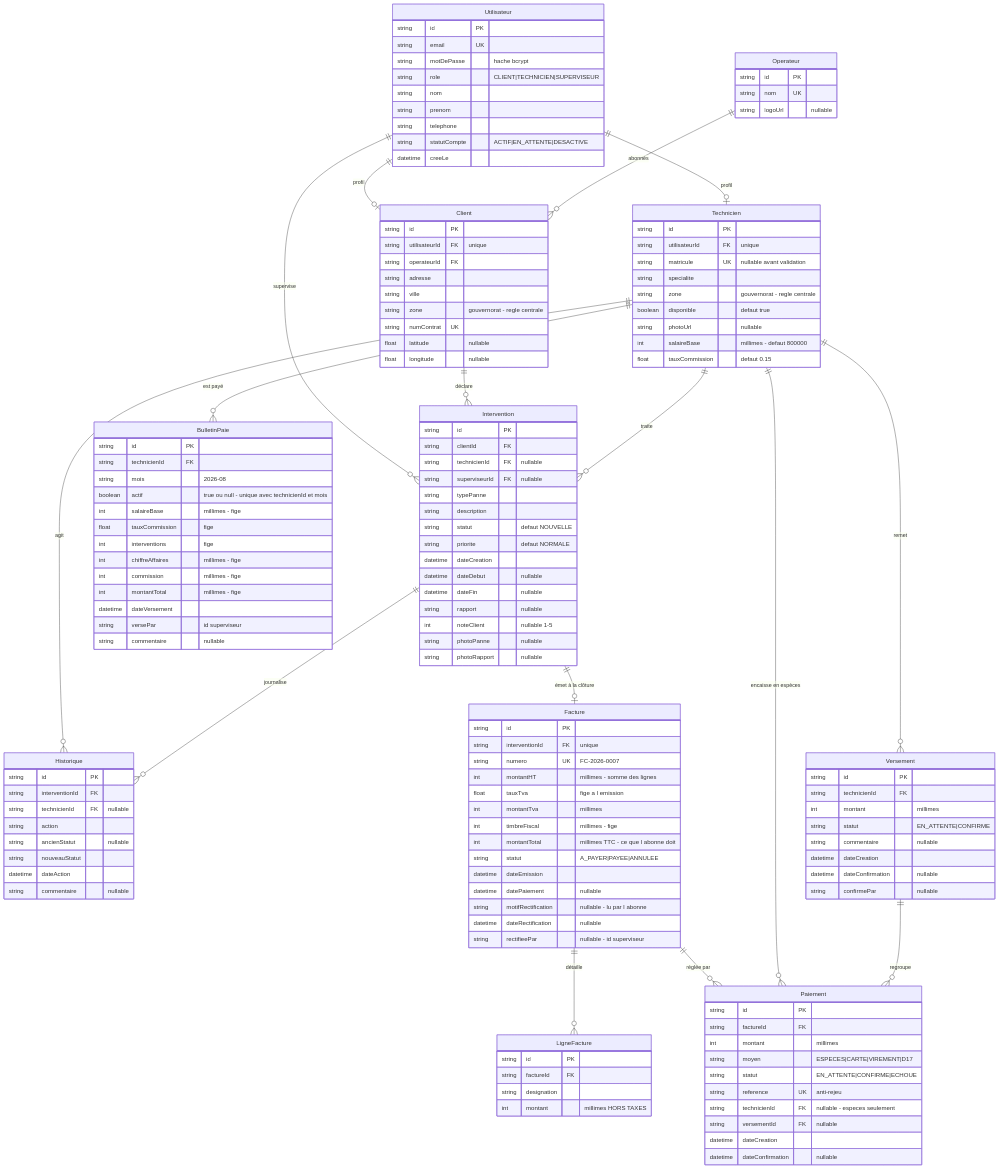
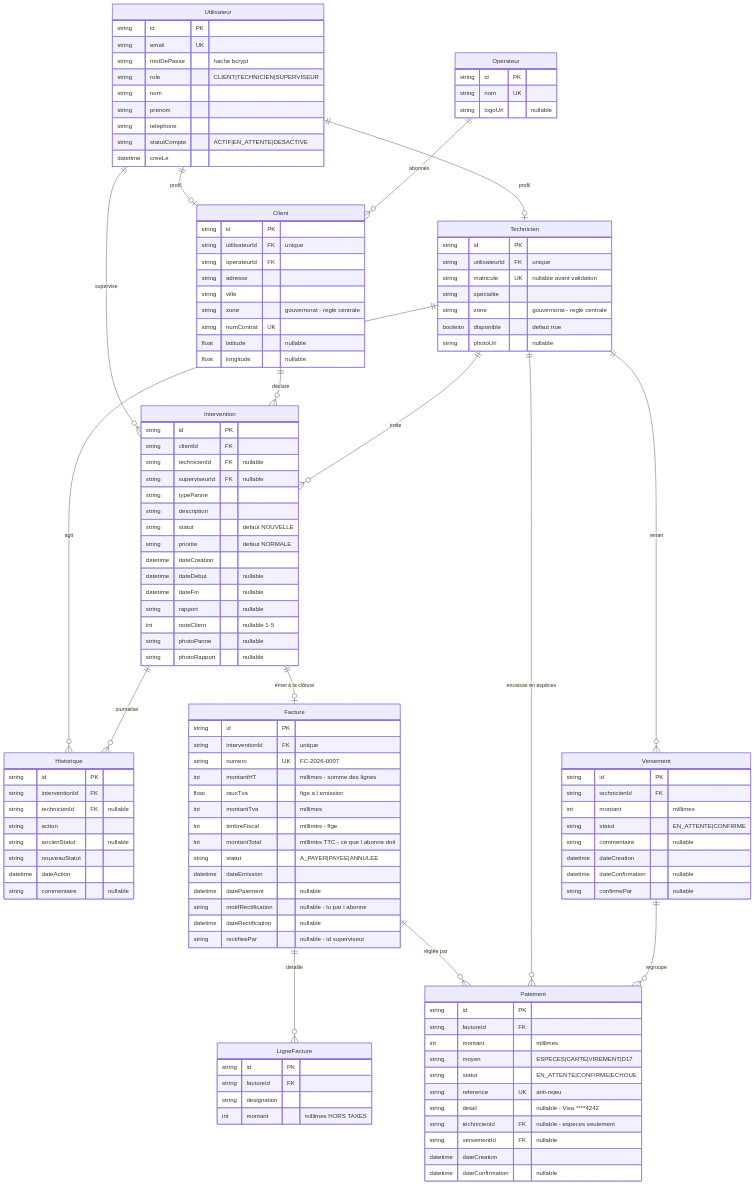
The diagram in README.md (amer-oun/fibreconnect), drawn with Mermaid before and after one commit. The commit also changed other lines of this file and 22 other files, not shown here.

````diff
--- a/README.md
+++ b/README.md
@@ -127,7 +127,6 @@
     Technicien  ||--o{ Paiement : "encaisse en espèces"
     Technicien  ||--o{ Versement : "remet"
     Versement   ||--o{ Paiement : "regroupe"
-    Technicien  ||--o{ BulletinPaie : "est payé"
 
     Utilisateur {
         string   id PK
@@ -167,8 +166,6 @@
         string  zone "gouvernorat - regle centrale"
         boolean disponible "defaut true"
         string  photoUrl "nullable"
-        int     salaireBase "millimes - defaut 800000"
-        float   tauxCommission "defaut 0.15"
     }
 
     Intervention {
@@ -231,6 +228,7 @@
         string   moyen "ESPECES|CARTE|VIREMENT|D17"
         string   statut "EN_ATTENTE|CONFIRME|ECHOUE"
         string   reference UK "anti-rejeu"
+        string   detail "nullable - Visa ****4242"
         string   technicienId FK "nullable - especes seulement"
         string   versementId FK "nullable"
         datetime dateCreation
@@ -248,19 +246,4 @@
         string   confirmePar "nullable"
     }
 
-    BulletinPaie {
-        string   id PK
-        string   technicienId FK
-        string   mois "2026-08"
-        boolean  actif "true ou null - unique avec technicienId et mois"
-        int      salaireBase "millimes - fige"
-        float    tauxCommission "fige"
-        int      interventions "fige"
-        int      chiffreAffaires "millimes - fige"
-        int      commission "millimes - fige"
-        int      montantTotal "millimes - fige"
-        datetime dateVersement
-        string   versePar "id superviseur"
-        string   commentaire "nullable"
-    }
 ```
````
